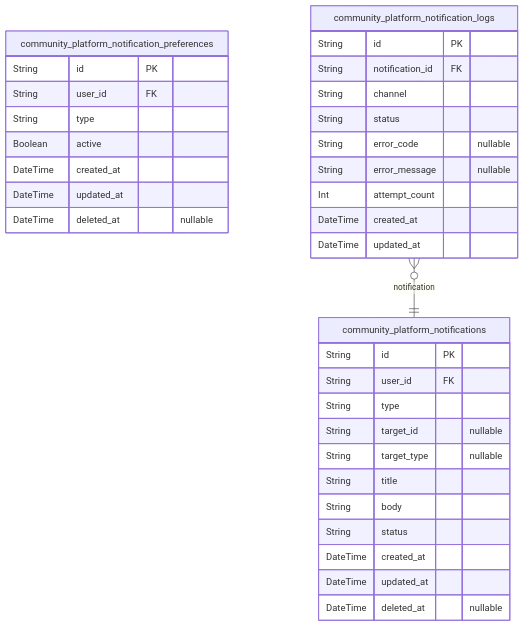
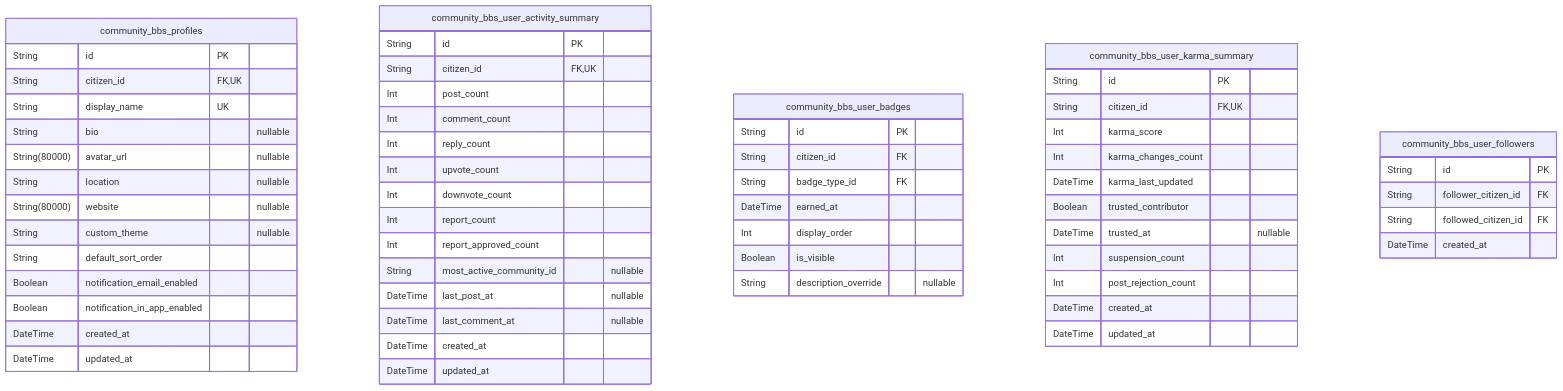
The eighth of 10 diagrams in qwen/qwen3-next-80b-a3b-instruct/reddit/docs/ERD.md (wrtnlabs/autobe-examples), drawn with Mermaid before and after one commit. The commit also changed other lines of this file and 7173 other files, not shown here.

````diff
--- a/qwen/qwen3-next-80b-a3b-instruct/reddit/docs/ERD.md
+++ b/qwen/qwen3-next-80b-a3b-instruct/reddit/docs/ERD.md
@@ -2966,37 +1280,62 @@
 ```mermaid
 erDiagram
-"community_platform_notifications" {
+"community_bbs_profiles" {
   String id PK
-  String user_id FK
-  String type
-  String target_id "nullable"
-  String target_type "nullable"
-  String title
-  String body
-  String status
-  DateTime created_at
-  DateTime updated_at
-  DateTime deleted_at "nullable"
-}
-"community_platform_notification_preferences" {
-  String id PK
-  String user_id FK
-  String type
-  Boolean active
-  DateTime created_at
-  DateTime updated_at
-  DateTime deleted_at "nullable"
-}
-"community_platform_notification_logs" {
-  String id PK
-  String notification_id FK
-  String channel
-  String status
-  String error_code "nullable"
-  String error_message "nullable"
-  Int attempt_count
+  String citizen_id FK,UK
+  String display_name UK
+  String bio "nullable"
+  String(80000) avatar_url "nullable"
+  String location "nullable"
+  String(80000) website "nullable"
+  String custom_theme "nullable"
+  String default_sort_order
+  Boolean notification_email_enabled
+  Boolean notification_in_app_enabled
   DateTime created_at
   DateTime updated_at
 }
-"community_platform_notification_logs" }o--|| "community_platform_notifications" : notification
+"community_bbs_user_activity_summary" {
+  String id PK
+  String citizen_id FK,UK
+  Int post_count
+  Int comment_count
+  Int reply_count
+  Int upvote_count
+  Int downvote_count
+  Int report_count
+  Int report_approved_count
+  String most_active_community_id "nullable"
+  DateTime last_post_at "nullable"
+  DateTime last_comment_at "nullable"
+  DateTime created_at
+  DateTime updated_at
+}
+"community_bbs_user_badges" {
+  String id PK
+  String citizen_id FK
+  String badge_type_id FK
+  DateTime earned_at
+  Int display_order
+  Boolean is_visible
+  String description_override "nullable"
+}
+"community_bbs_user_karma_summary" {
+  String id PK
+  String citizen_id FK,UK
+  Int karma_score
+  Int karma_changes_count
+  DateTime karma_last_updated
+  Boolean trusted_contributor
+  DateTime trusted_at "nullable"
+  Int suspension_count
+  Int post_rejection_count
+  DateTime created_at
+  DateTime updated_at
+}
+"community_bbs_user_followers" {
+  String id PK
+  String follower_citizen_id FK
+  String followed_citizen_id FK
+  DateTime created_at
+}
 ```
````
